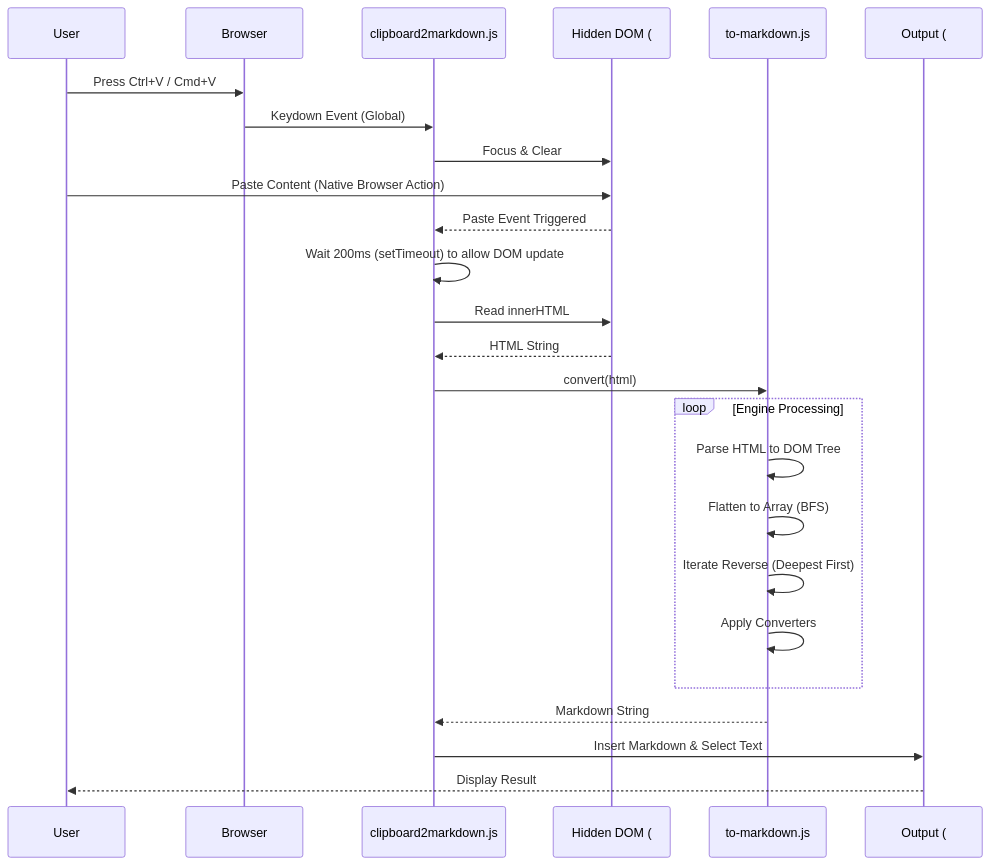
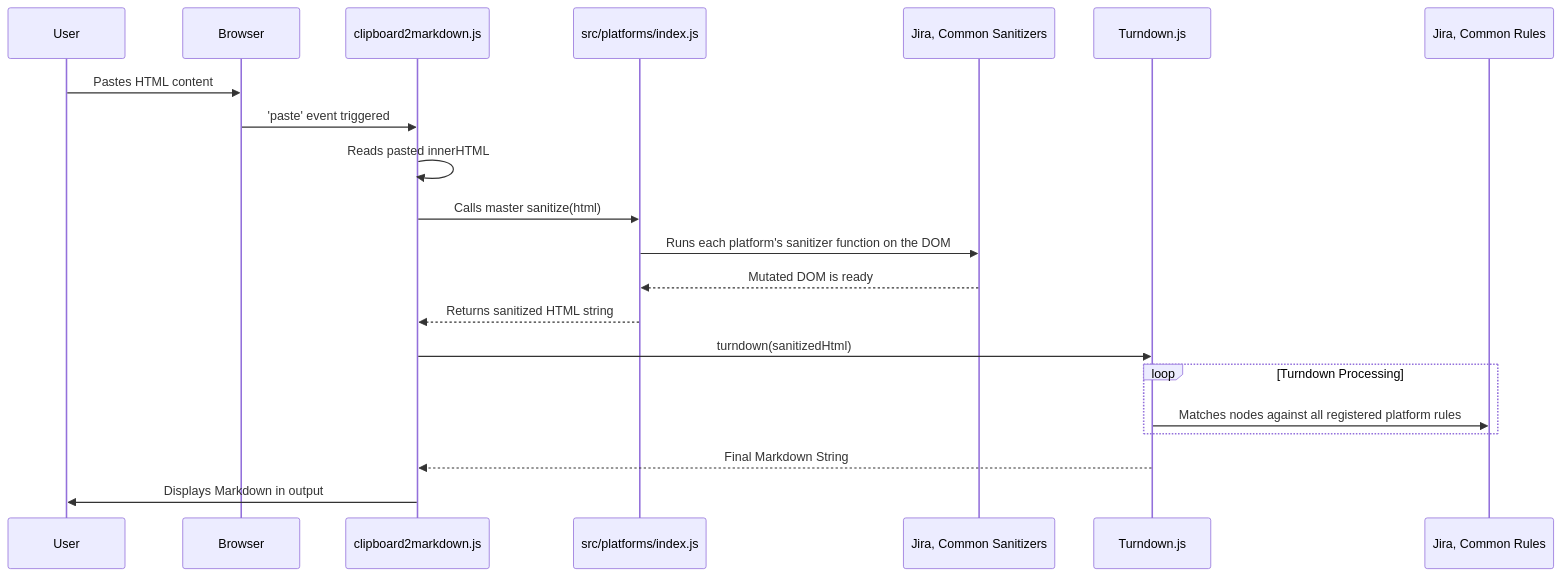
One commit to luutuankiet/clipboard2markdown changed the diagram in gsd-lite/ARCHITECTURE.md. Above: the diagram before and after it, drawn with Mermaid. The commit also changed other lines of this file and 12 other files, not shown here.

````diff
--- a/gsd-lite/ARCHITECTURE.md
+++ b/gsd-lite/ARCHITECTURE.md
@@ -27,28 +34,24 @@
 ```mermaid
 sequenceDiagram
     participant User
     participant Browser
-    participant Controller as clipboard2markdown.js
-    participant DOM as Hidden DOM (#pastebin)
-    participant Engine as to-markdown.js
-    participant UI as Output (#output)
+    participant UIController as clipboard2markdown.js
+    participant Aggregator as src/platforms/index.js
+    participant Sanitizers as Jira, Common Sanitizers
+    participant Engine as Turndown.js
+    participant Rules as Jira, Common Rules
 
-    User->>Browser: Press Ctrl+V / Cmd+V
-    Browser->>Controller: Keydown Event (Global)
-    Controller->>DOM: Focus & Clear #pastebin
-    User->>DOM: Paste Content (Native Browser Action)
-    DOM-->>Controller: Paste Event Triggered
-    Controller->>Controller: Wait 200ms (setTimeout) to allow DOM update
-    Controller->>DOM: Read innerHTML
-    DOM-->>Controller: HTML String
-    Controller->>Engine: convert(html)
-    loop Engine Processing
-        Engine->>Engine: Parse HTML to DOM Tree
-        Engine->>Engine: Flatten to Array (BFS)
-        Engine->>Engine: Iterate Reverse (Deepest First)
-        Engine->>Engine: Apply Converters
+    User->>Browser: Pastes HTML content
+    Browser->>UIController: 'paste' event triggered
+    UIController->>UIController: Reads pasted innerHTML
+    UIController->>Aggregator: Calls master sanitize(html)
+    Aggregator->>Sanitizers: Runs each platform's sanitizer function on the DOM
+    Sanitizers-->>Aggregator: Mutated DOM is ready
+    Aggregator-->>UIController: Returns sanitized HTML string
+    UIController->>Engine: turndown(sanitizedHtml)
+    loop Turndown Processing
+        Engine->>Rules: Matches nodes against all registered platform rules
     end
-    Engine-->>Controller: Markdown String
-    Controller->>UI: Insert Markdown & Select Text
-    UI-->>User: Display Result
+    Engine-->>UIController: Final Markdown String
+    UIController->>User: Displays Markdown in output
 ```
````
